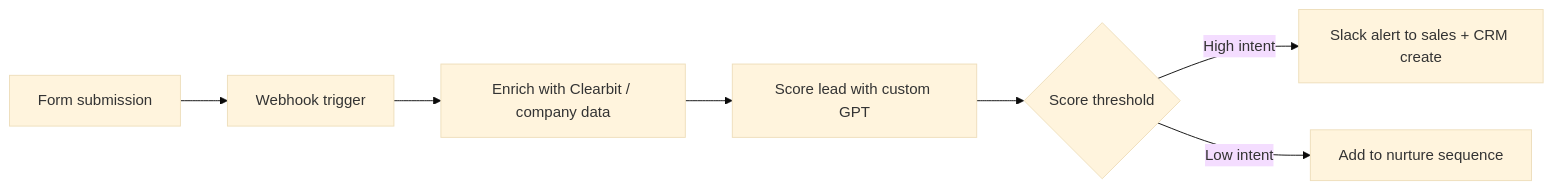
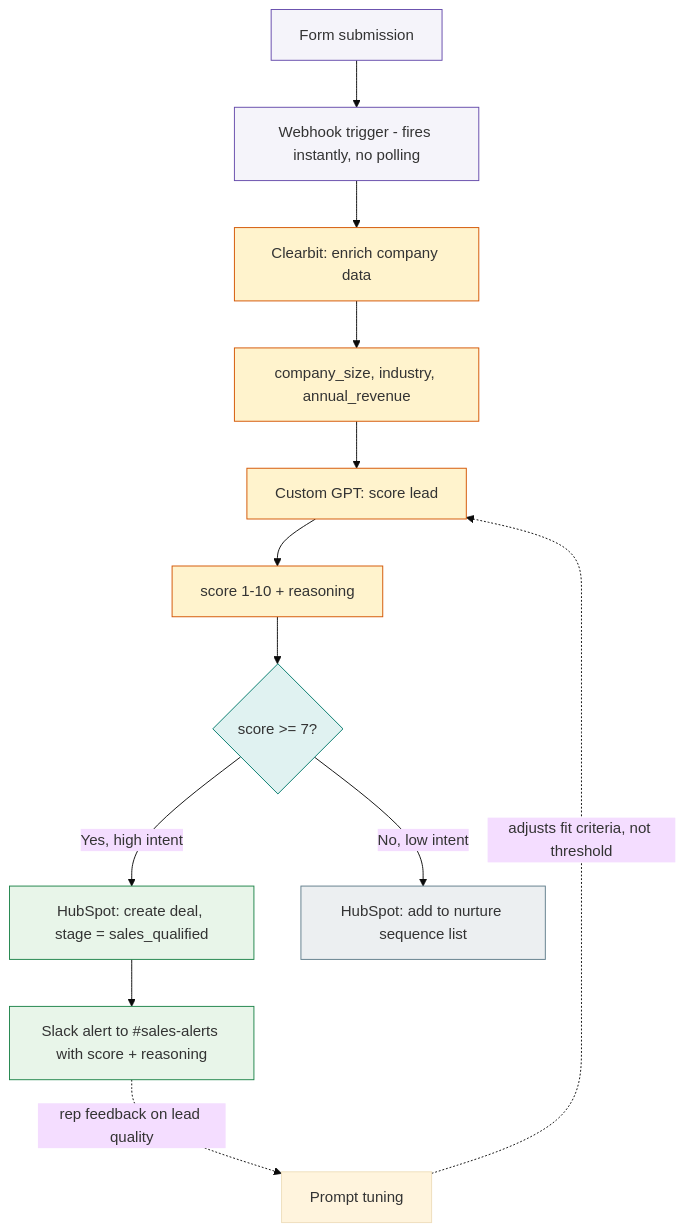
One commit to iizmotabar/workflow-automation-toolkit changed the diagram in README.md. Above: the diagram before and after it, drawn with Mermaid (base theme). The commit also changed other lines of this file, not shown here.

Commit message:
Expand README with more detail and richer architecture diagram

````diff
--- a/README.md
+++ b/README.md
@@ -11,9 +11,28 @@
 ```mermaid
-flowchart LR
-    A[Form submission] --> B[Webhook trigger]
-    B --> C[Enrich with Clearbit / company data]
-    C --> D[Score lead with custom GPT]
-    D --> E{Score threshold}
-    E -->|High intent| F[Slack alert to sales + CRM create]
-    E -->|Low intent| G[Add to nurture sequence]
+flowchart TD
+    A[Form submission] --> B[Webhook trigger - fires instantly, no polling]
+    B --> C[Clearbit: enrich company data]
+    C --> D[company_size, industry, annual_revenue]
+    D --> E[Custom GPT: score lead]
+    E --> F[score 1-10 + reasoning]
+    F --> G{score >= 7?}
+
+    G -->|Yes, high intent| H[HubSpot: create deal, stage = sales_qualified]
+    H --> I[Slack alert to #sales-alerts with score + reasoning]
+
+    G -->|No, low intent| J[HubSpot: add to nurture sequence list]
+
+    I -.rep feedback on lead quality.-> K[Prompt tuning]
+    K -.adjusts fit criteria, not threshold.-> E
+
+    classDef trigger fill:#F5F4FA,stroke:#644aab,color:#333
+    classDef enrich fill:#fff3cd,stroke:#d35400,color:#333
+    classDef decision fill:#e0f2f1,stroke:#00796b,color:#333
+    classDef highIntent fill:#e8f5e9,stroke:#1e8449,color:#333
+    classDef lowIntent fill:#eceff1,stroke:#607d8b,color:#333
+    class A,B trigger
+    class C,D,E,F enrich
+    class G decision
+    class H,I highIntent
+    class J lowIntent
 ```
````
